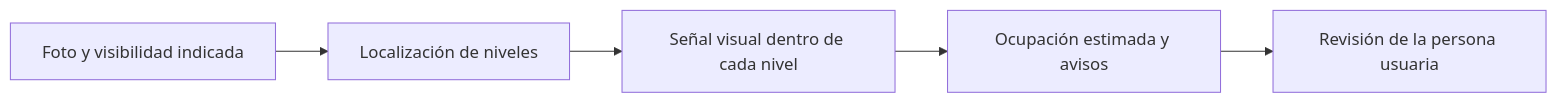
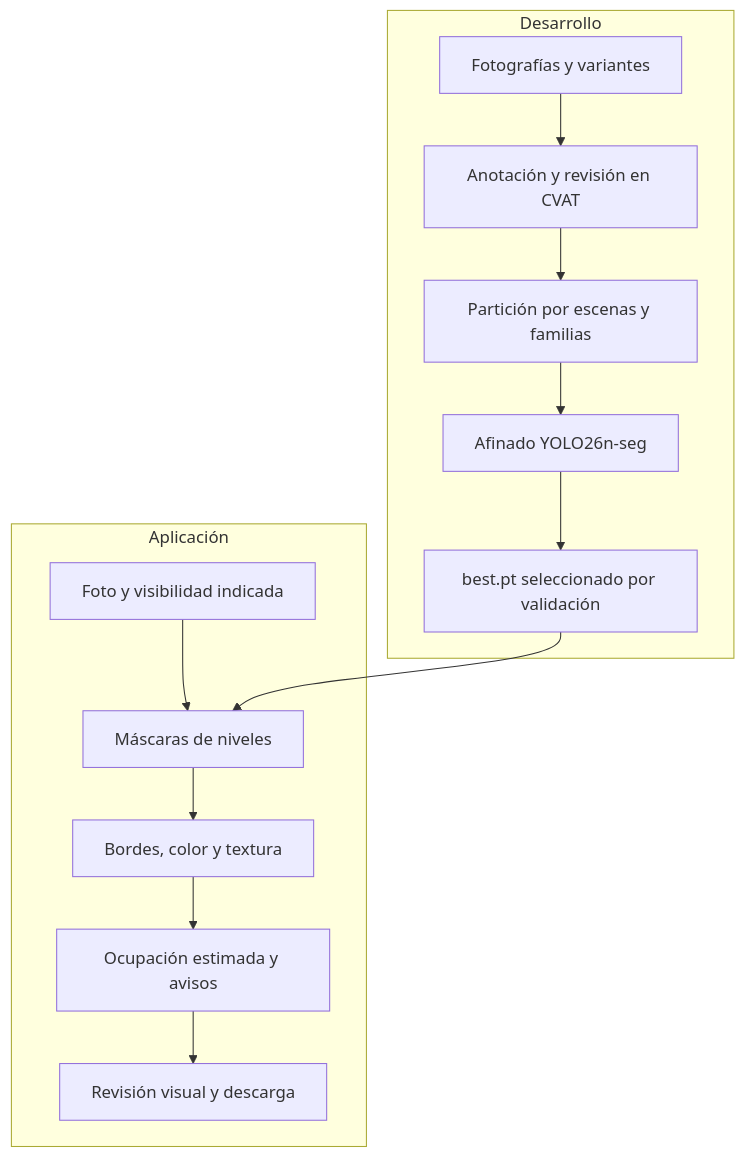
Before and after one commit to vcanio/Capstone2026: the diagram in README.md, drawn with Mermaid. The commit also changed other lines of this file, not shown here.

````diff
--- a/README.md
+++ b/README.md
@@ -24,7 +142,16 @@
 ```mermaid
-flowchart LR
-    A[Foto y visibilidad indicada] --> B[Localización de niveles]
-    B --> C[Señal visual dentro de cada nivel]
-    C --> D[Ocupación estimada y avisos]
-    D --> E[Revisión de la persona usuaria]
+flowchart TB
+    subgraph Desarrollo
+        A[Fotografías y variantes] --> B[Anotación y revisión en CVAT]
+        B --> C[Partición por escenas y familias]
+        C --> D[Afinado YOLO26n-seg]
+        D --> E[best.pt seleccionado por validación]
+    end
+    subgraph Aplicación
+        F[Foto y visibilidad indicada] --> G[Máscaras de niveles]
+        E --> G
+        G --> H[Bordes, color y textura]
+        H --> I[Ocupación estimada y avisos]
+        I --> J[Revisión visual y descarga]
+    end
 ```
````
